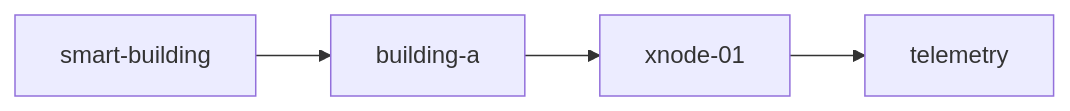
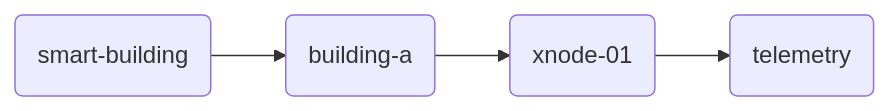
Before and after one commit to X-Mind-World/EduminD-Contents: the first of 4 diagrams in MQTT/MQTT Topics and Payload Design (FA).md, drawn with Mermaid. The commit also changed other lines of this file, not shown here.

Commit message:
Refactor MQTT topics flowchart for clarity
Updated Mermaid flowchart syntax for MQTT topics.

````diff
--- a/MQTT/MQTT Topics and Payload Design (FA).md
+++ b/MQTT/MQTT Topics and Payload Design (FA).md
@@ -505,10 +506,11 @@
 ```mermaid
 flowchart LR
-    A["smart-building"]
-    B["building-a"]
-    C["xnode-01"]
-    D["telemetry"]
+    A("smart-building")
+    B("building-a")
+    C("xnode-01")
+    D("telemetry")
     A --> B
     B --> C
     C --> D
+    %% mermaid-flow:pos A=128,82 B=128,176 C=128,269 D=128,364
 ```
````
